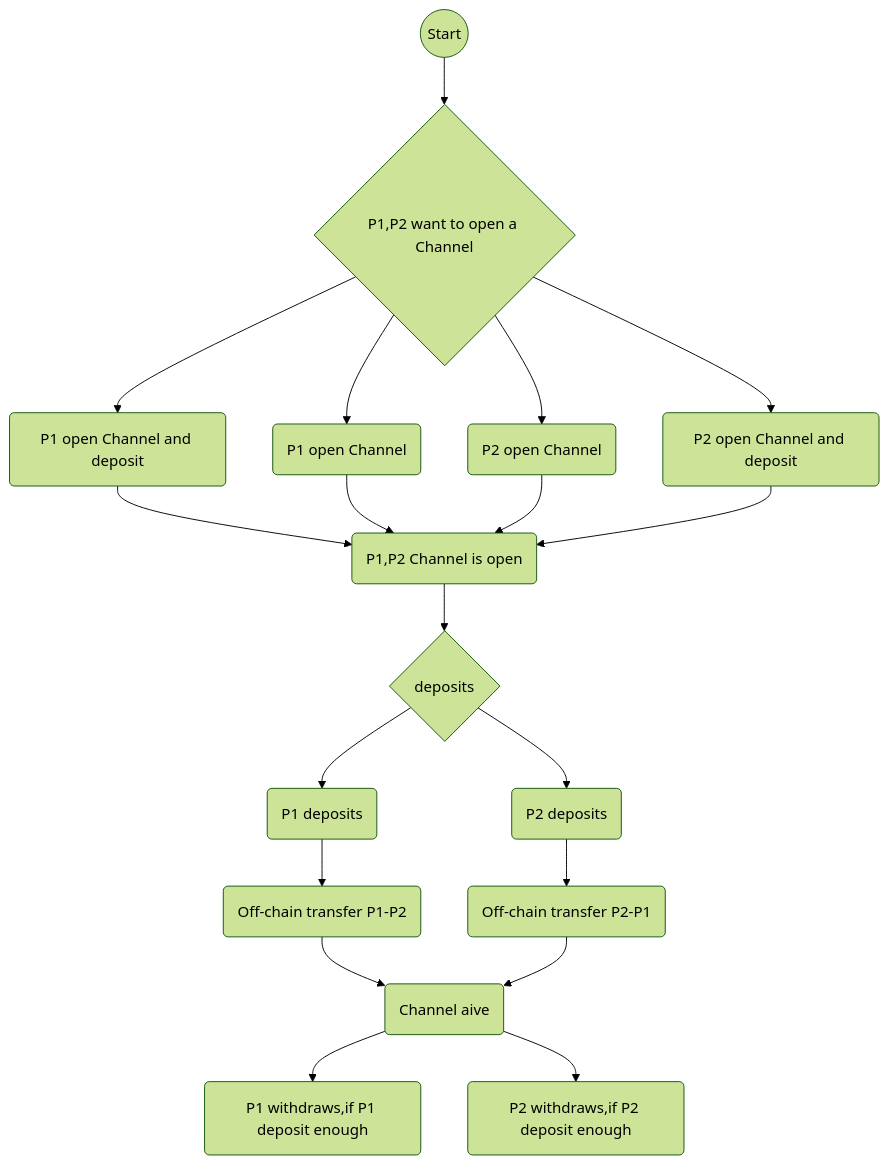
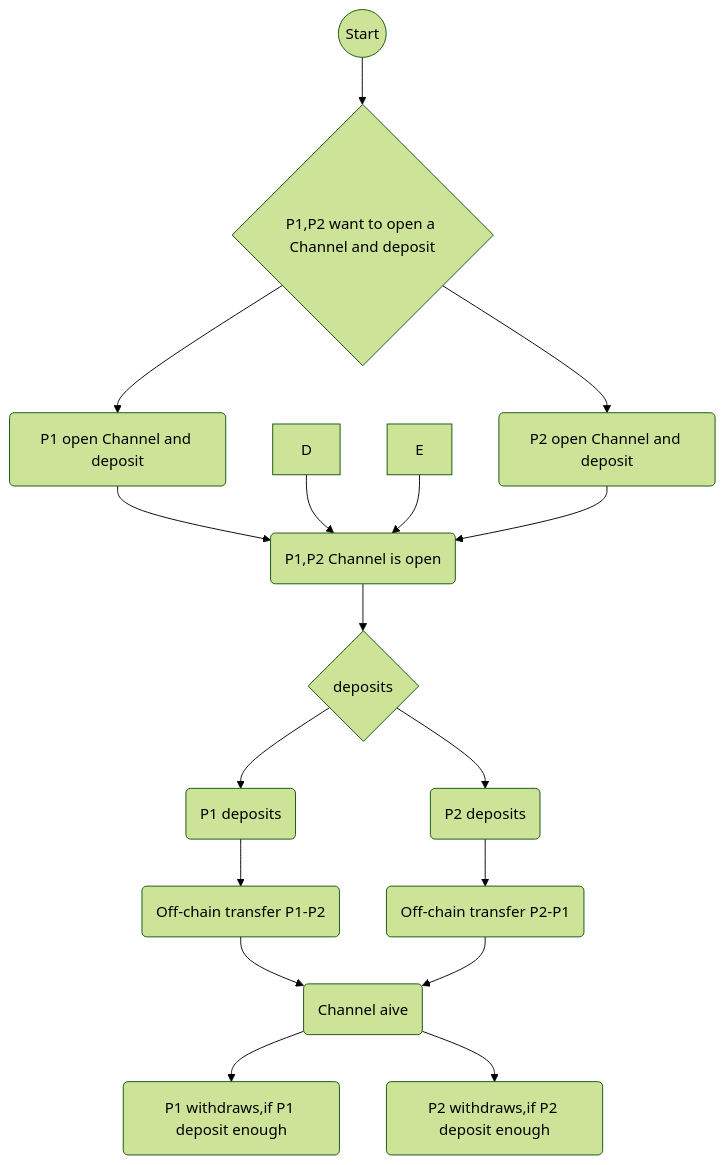
One commit to SmartMeshFoundation/Photon changed the first of 4 diagrams in docs/contract_spec.md. Above: the diagram before and after it, drawn with Mermaid (forest theme). The commit also changed other lines of this file, not shown here.

````diff
--- a/docs/contract_spec.md
+++ b/docs/contract_spec.md
@@ -471,21 +584,19 @@
 ```mermaid
 graph TB
-O((Start))-->A{P1,P2 want to open a Channel}
+O((Start))-->A{P1,P2 want to open a Channel and deposit}
 A-->B(P1 open Channel and deposit )
-A-->D(P1 open Channel)
-A-->E(P2 open Channel)
 A-->C(P2 open Channel and deposit)
 B-->F(P1,P2 Channel is open)
 D-->F(P1,P2 Channel is open)
 E-->F(P1,P2 Channel is open)
 C-->F(P1,P2 Channel is open)
 F-->G{deposits}
 G-->B1(P1 deposits)
 G-->E1(P2 deposits)
 B1-->D1(Off-chain transfer P1-P2)
 E1-->E2(Off-chain transfer P2-P1)
 D1-->P(Channel aive)
 E2-->P
 P-->B3(P1 withdraws,if P1 deposit enough)
 P-->e(P2 withdraws,if P2 deposit enough)
 ```
````
